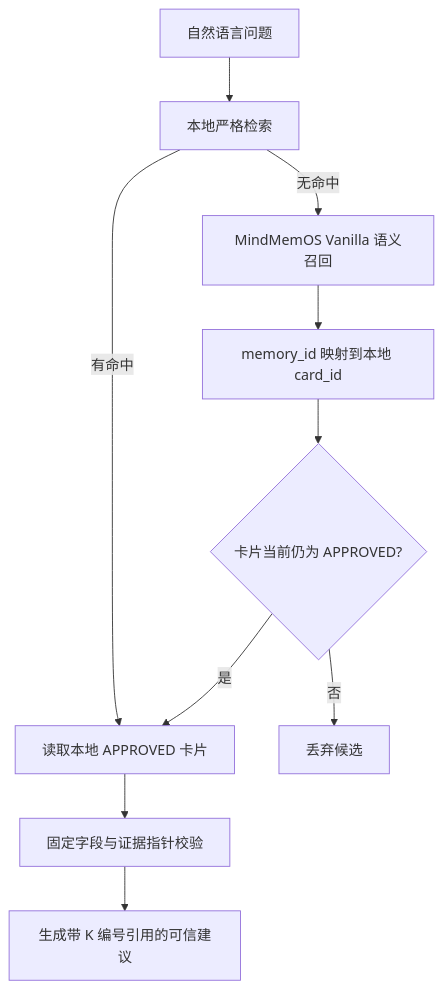
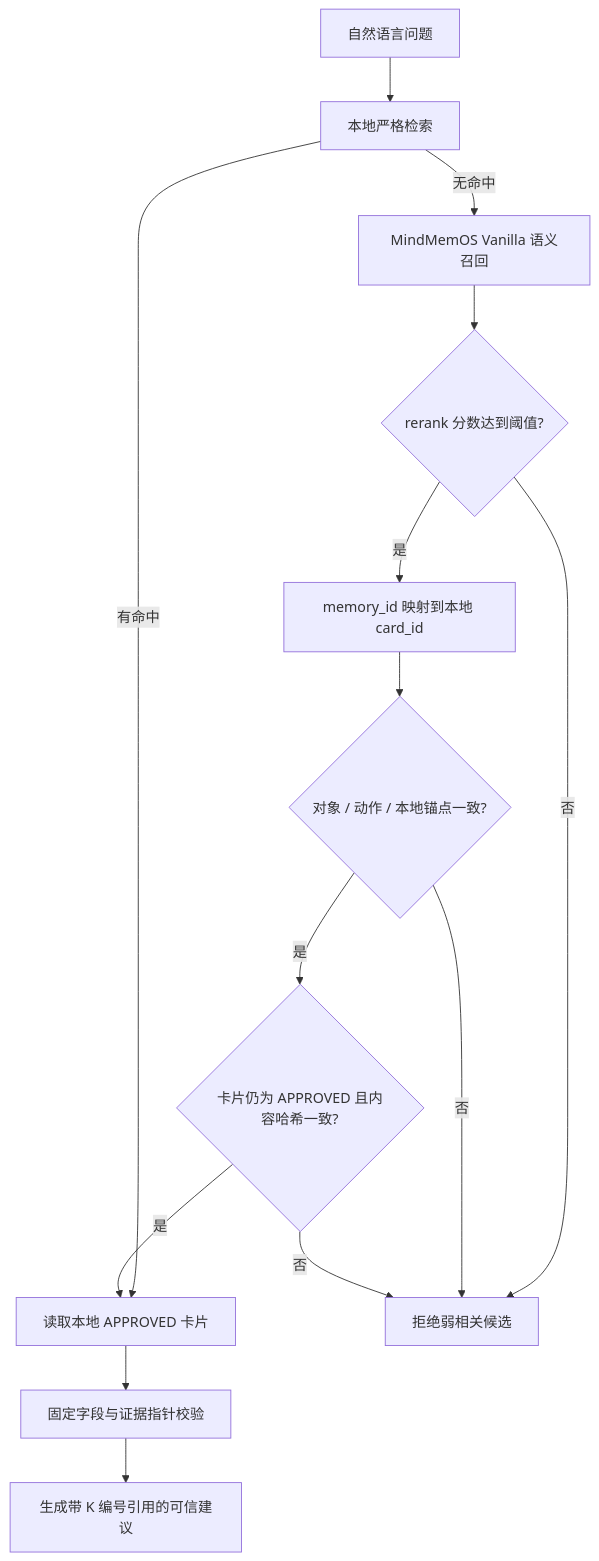
Before and after one commit to Ptttt1t/ops-knowledge-studio-public: the second of 2 diagrams in README.md, drawn with Mermaid. The commit also changed other lines of this file and 20 other files, not shown here.

````diff
--- a/README.md
+++ b/README.md
@@ -145,12 +145,16 @@
 ```mermaid
 flowchart TD
     Q["自然语言问题"] --> L["本地严格检索"]
     L -->|有命中| A["读取本地 APPROVED 卡片"]
     L -->|无命中| M["MindMemOS Vanilla 语义召回"]
-    M --> I["memory_id 映射到本地 card_id"]
-    I --> S{"卡片当前仍为 APPROVED?"}
-    S -->|否| X["丢弃候选"]
+    M --> T{"rerank 分数达到阈值?"}
+    T -->|否| X["拒绝弱相关候选"]
+    T -->|是| I["memory_id 映射到本地 card_id"]
+    I --> C{"对象 / 动作 / 本地锚点一致?"}
+    C -->|否| X
+    C -->|是| S{"卡片仍为 APPROVED 且内容哈希一致?"}
+    S -->|否| X
     S -->|是| A
     A --> E["固定字段与证据指针校验"]
     E --> R["生成带 K 编号引用的可信建议"]
 ```
````
